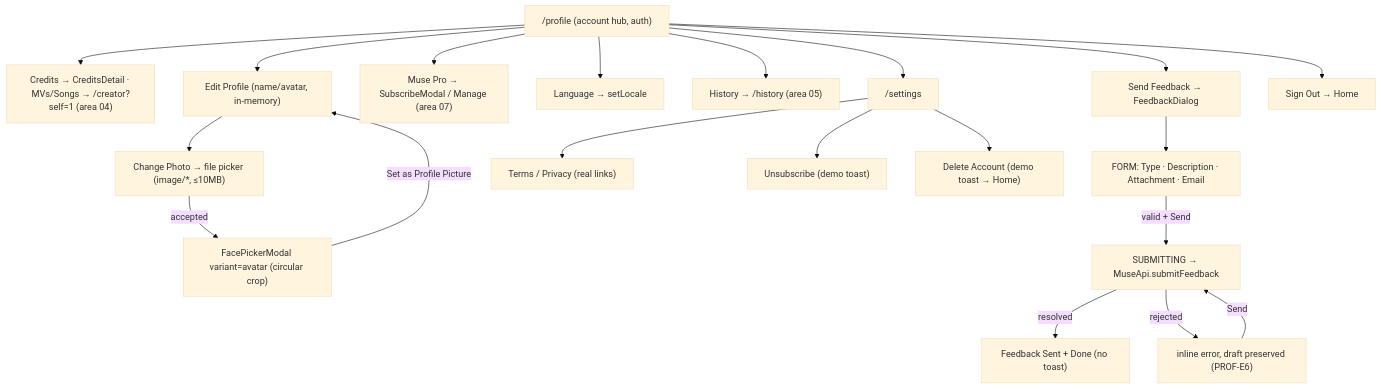
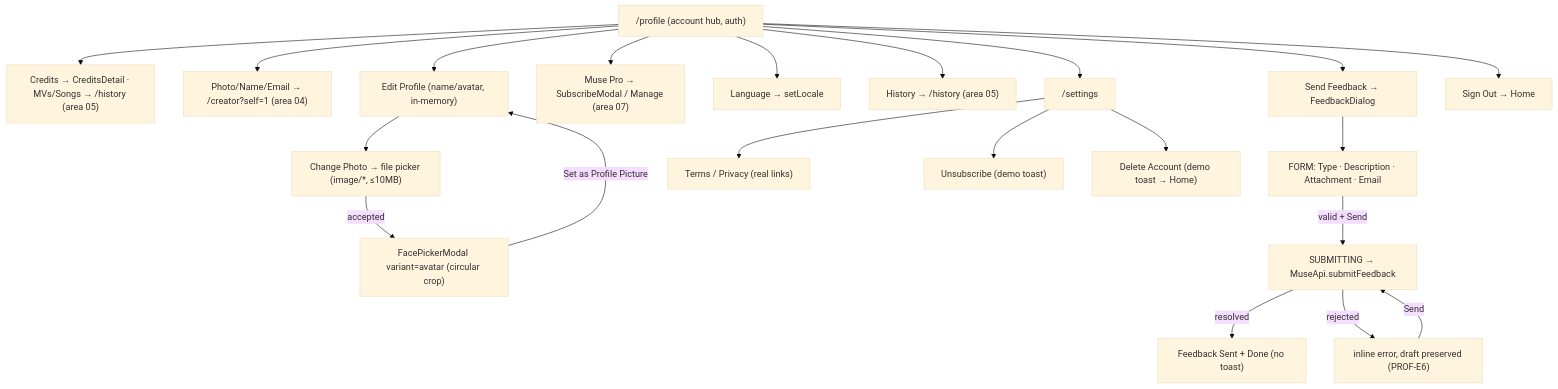
Before and after one commit to pft-JasonChen/musemv-ai: the diagram in web-app/specs/areas/06-profile-account.md, drawn with Mermaid (base theme). The commit also changed other lines of this file and 14 other files, not shown here.

````diff
--- a/web-app/specs/areas/06-profile-account.md
+++ b/web-app/specs/areas/06-profile-account.md
@@ -379,22 +387,23 @@
 ```mermaid
 flowchart TD
-  Profile["/profile (account hub, auth)"] --> Tiles["Credits → CreditsDetail · MVs/Songs → /creator?self=1 (area 04)"]
+  Profile["/profile (account hub, auth)"] --> Tiles["Credits → CreditsDetail · MVs/Songs → /history (area 05)"]
+  Profile --> Identity["Photo/Name/Email → /creator?self=1 (area 04)"]
   Profile --> Edit["Edit Profile (name/avatar, in-memory)"]
   Edit --> AvatarPick["Change Photo → file picker (image/*, ≤10MB)"]
   AvatarPick -->|"accepted"| AvatarCrop["FacePickerModal variant=avatar (circular crop)"]
   AvatarCrop -->|"Set as Profile Picture"| Edit
   Profile --> Pro["Muse Pro → SubscribeModal / Manage (area 07)"]
   Profile --> Lang["Language → setLocale"]
   Profile --> Hist["History → /history (area 05)"]
   Profile --> FB["Send Feedback → FeedbackDialog"]
   FB --> FBForm["FORM: Type · Description · Attachment · Email"]
   FBForm -->|"valid + Send"| FBSend["SUBMITTING → MuseApi.submitFeedback"]
   FBSend -->|resolved| FBOk["Feedback Sent + Done (no toast)"]
   FBSend -->|rejected| FBErr["inline error, draft preserved (PROF-E6)"]
   FBErr -->|Send| FBSend
   Profile --> Settings["/settings"]
   Profile --> Out["Sign Out → Home"]
   Settings --> Legal["Terms / Privacy (real links)"]
   Settings --> Unsub["Unsubscribe (demo toast)"]
   Settings --> Del["Delete Account (demo toast → Home)"]
 ```
````
